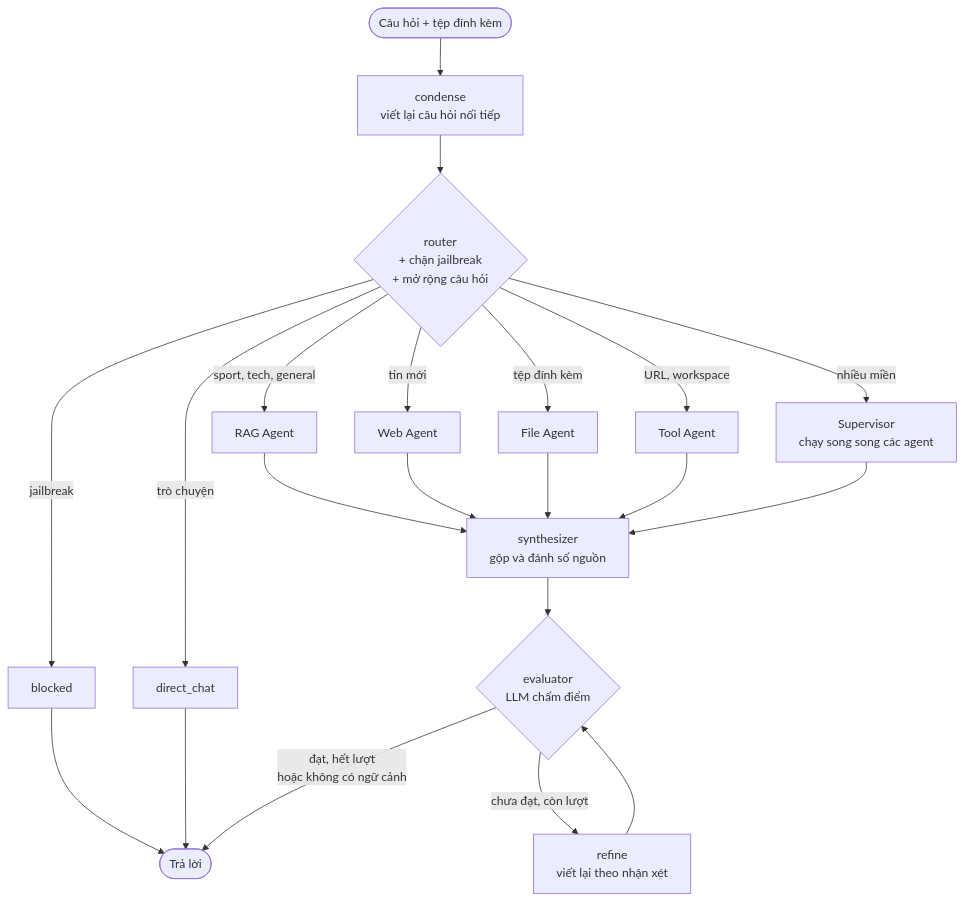
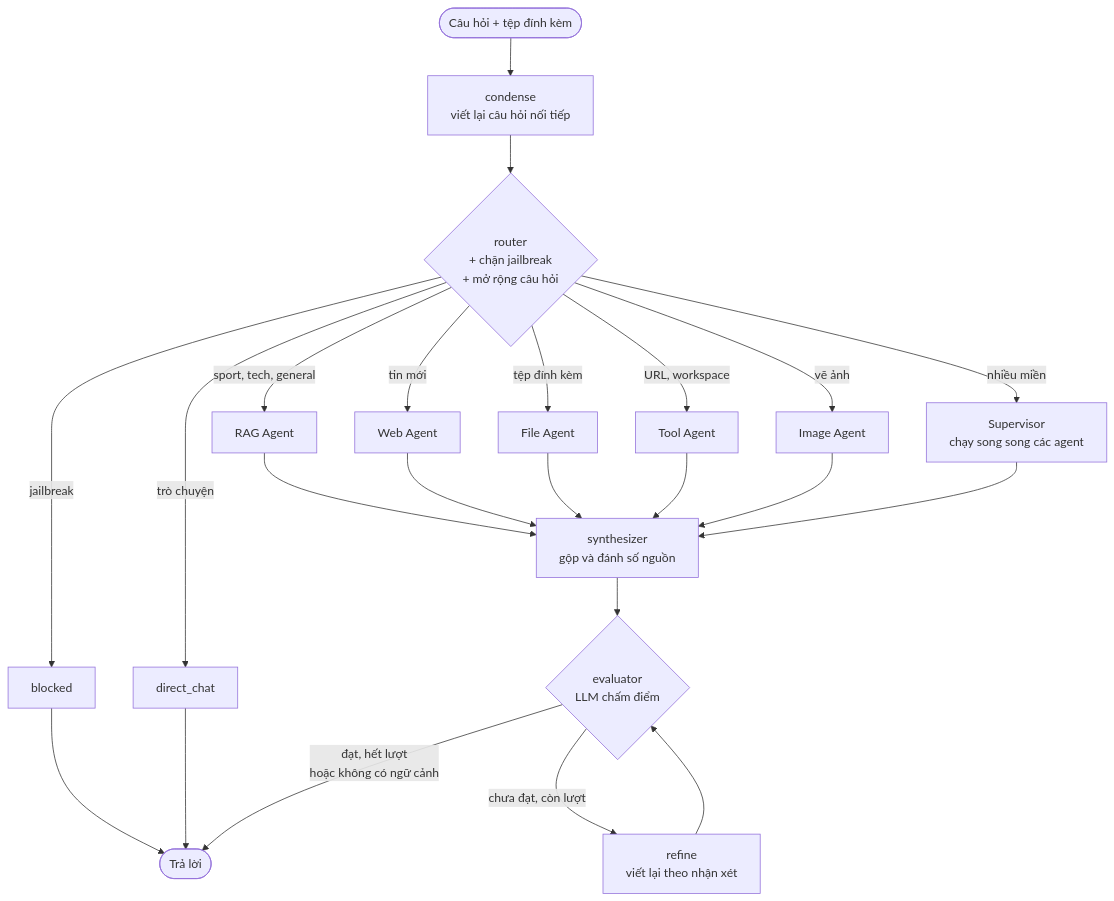
One commit to hbkhanh22/Multi-RAG-Agent changed the second of 2 diagrams in README.md. Above: the diagram before and after it, drawn with Mermaid. The commit also changed other lines of this file and 42 other files, not shown here.

Commit message:
Add Image generation agent

````diff
--- a/README.md
+++ b/README.md
@@ -81,23 +83,25 @@
 ```mermaid
 flowchart TD
     Q(["Câu hỏi + tệp đính kèm"]) --> C["condense<br/>viết lại câu hỏi nối tiếp"]
     C --> R{"router<br/>+ chặn jailbreak<br/>+ mở rộng câu hỏi"}
 
     R -->|"jailbreak"| B["blocked"] --> E(["Trả lời"])
     R -->|"trò chuyện"| D["direct_chat"] --> E
     R -->|"sport, tech, general"| RAG["RAG Agent"]
     R -->|"tin mới"| W["Web Agent"]
     R -->|"tệp đính kèm"| F["File Agent"]
+    R -->|"vẽ ảnh"| I["Image Agent"]
     R -->|"URL, workspace"| T["Tool Agent"]
     R -->|"nhiều miền"| S["Supervisor<br/>chạy song song các agent"]
 
     RAG --> SY["synthesizer<br/>gộp và đánh số nguồn"]
     W --> SY
     F --> SY
     T --> SY
+    I --> SY
     S --> SY
 
     SY --> EV{"evaluator<br/>LLM chấm điểm"}
     EV -->|"chưa đạt, còn lượt"| RF["refine<br/>viết lại theo nhận xét"] --> EV
     EV -->|"đạt, hết lượt<br/>hoặc không có ngữ cảnh"| E
 ```
````
